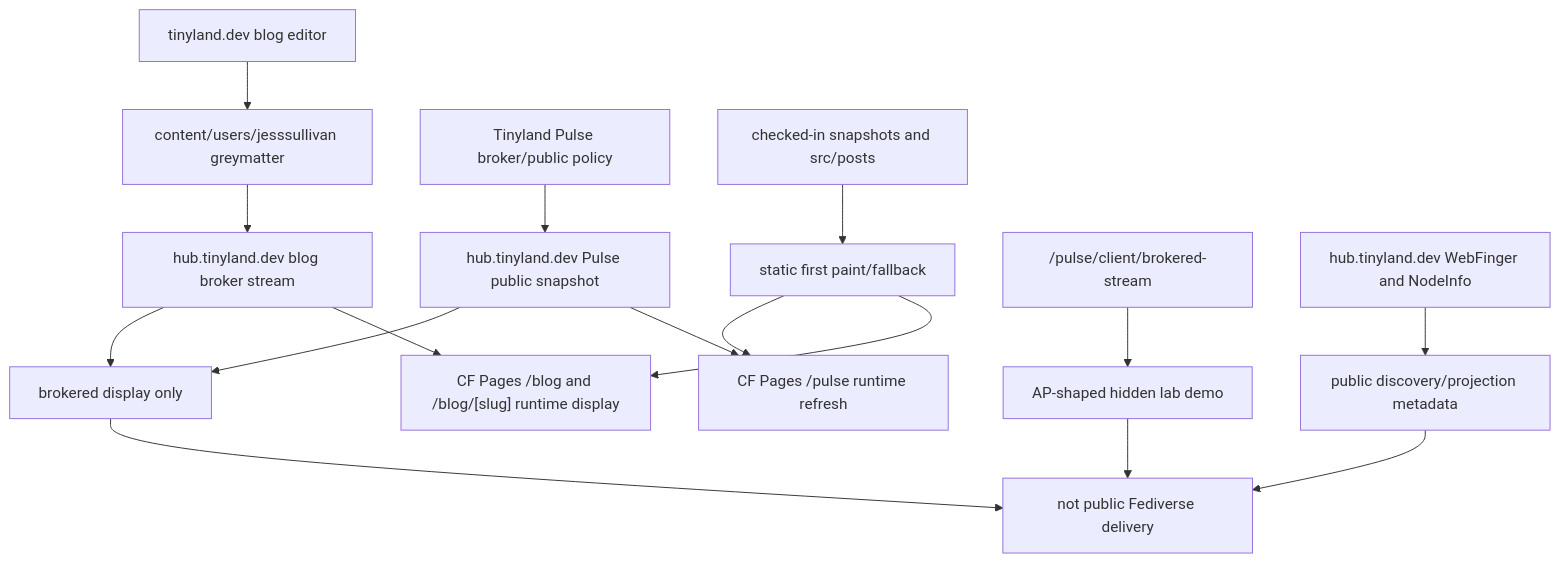
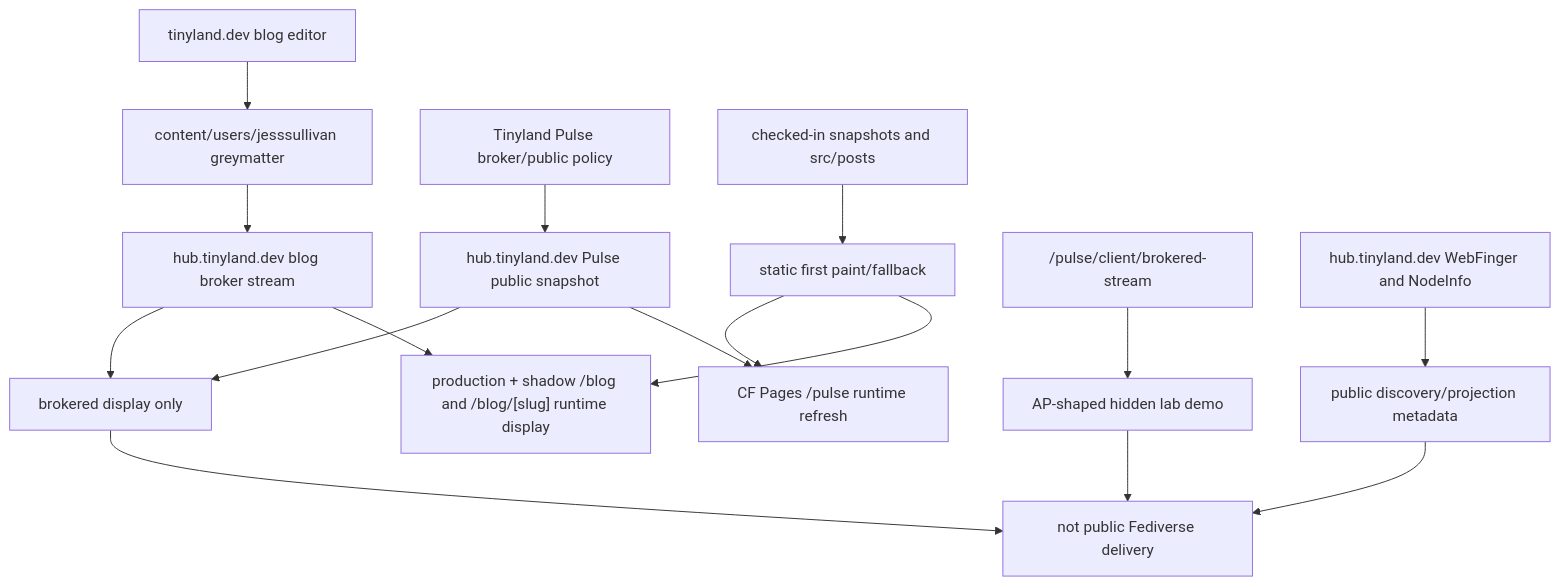
The fourth of 5 diagrams in README.md (Jesssullivan/jesssullivan.github.io), drawn with Mermaid before and after one commit. The commit also changed other lines of this file and 1 other file, not shown here.

Commit message:
docs(blog): clarify production and shadow consumers

````diff
--- a/README.md
+++ b/README.md
@@ -130,23 +132,23 @@
 ```mermaid
 flowchart TB
     TinylandEditor["tinyland.dev blog editor"] --> Greymatter["content/users/jesssullivan greymatter"]
     Greymatter --> BlogBroker["hub.tinyland.dev blog broker stream"]
-    BlogBroker --> BlogRuntime["CF Pages /blog and /blog/[slug] runtime display"]
+    BlogBroker --> BlogRuntime["production + shadow /blog and /blog/[slug] runtime display"]
 
     PulseBroker["Tinyland Pulse broker/public policy"] --> PulseSnapshot["hub.tinyland.dev Pulse public snapshot"]
     PulseSnapshot --> PulseRuntime["CF Pages /pulse runtime refresh"]
 
     StaticFixtures["checked-in snapshots and src/posts"] --> FirstPaint["static first paint/fallback"]
     FirstPaint --> BlogRuntime
     FirstPaint --> PulseRuntime
 
     BlogBroker --> DisplayOnly["brokered display only"]
     PulseSnapshot --> DisplayOnly
     DisplayOnly --> NotFederation["not public Fediverse delivery"]
 
     ApLab["/pulse/client/brokered-stream"] --> ApDemo["AP-shaped hidden lab demo"]
     ApDemo --> NotFederation
 
     HubDiscovery["hub.tinyland.dev WebFinger and NodeInfo"] --> DiscoveryOnly["public discovery/projection metadata"]
     DiscoveryOnly --> NotFederation
 ```
````
